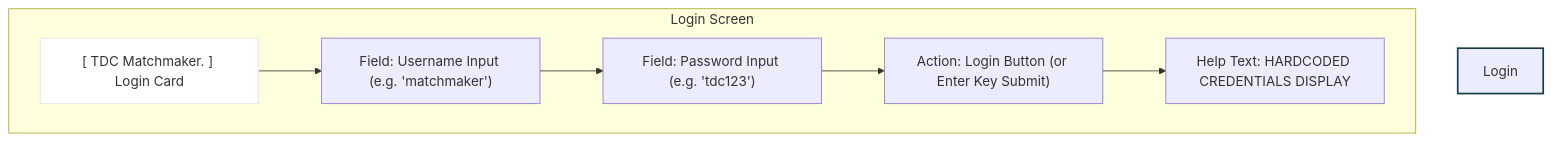
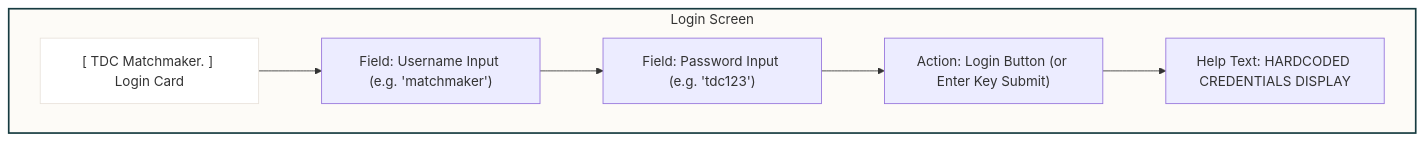
The second of 4 diagrams in README.md (anjalii40/TDC-Matchmaker), drawn with Mermaid before and after one commit. The commit also changed other lines of this file and 65 other files, not shown here.

````diff
--- a/README.md
+++ b/README.md
@@ -117,17 +129,17 @@
 ```mermaid
 graph TD
-    subgraph Login Screen
+    subgraph LoginScreen ["Login Screen"]
         Box["[ TDC Matchmaker. ] Login Card"]
         User["Field: Username Input (e.g. 'matchmaker')"]
         Pass["Field: Password Input (e.g. 'tdc123')"]
         Btn["Action: Login Button (or Enter Key Submit)"]
         Help["Help Text: HARDCODED CREDENTIALS DISPLAY"]
         
         Box --> User
         User --> Pass
         Pass --> Btn
         Btn --> Help
     end
-    style Login Screen fill:#fdfbf7,stroke:#163b40,stroke-width:2px
+    style LoginScreen fill:#fdfbf7,stroke:#163b40,stroke-width:2px
     style Box fill:#fff,stroke:#e8e2da
 ```
````
